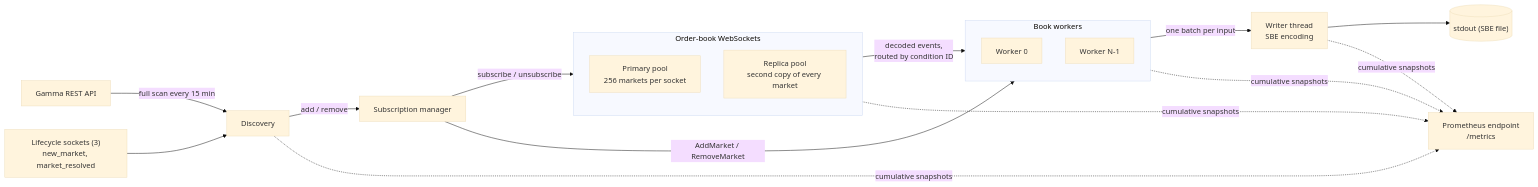
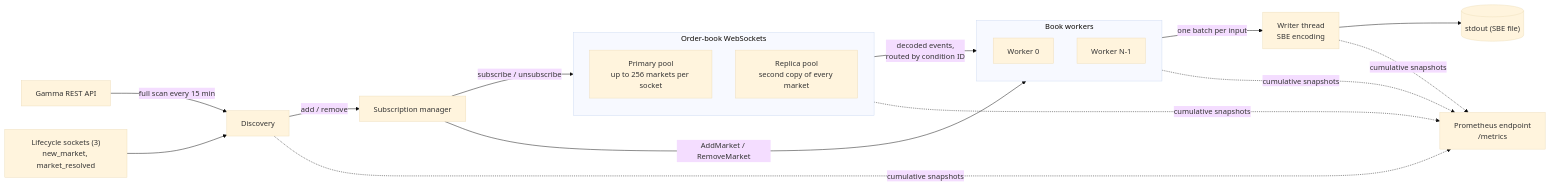
Before and after one commit to itzlambda/voluntas-challenge: the diagram in docs/ARCHITECTURE.md, drawn with Mermaid (base theme). The commit also changed other lines of this file and 3 other files, not shown here.

First line of the commit message:
Place markets in per-pool hash order with spare sockets

````diff
--- a/docs/ARCHITECTURE.md
+++ b/docs/ARCHITECTURE.md
@@ -9,30 +9,30 @@
 ```mermaid
 flowchart LR
     gamma[Gamma REST API]
     life["Lifecycle sockets (3)<br/>new_market, market_resolved"]
     disc[Discovery]
     mgr[Subscription manager]
     subgraph pools[Order-book WebSockets]
         direction TB
-        pa["Primary pool<br/>256 markets per socket"]
+        pa["Primary pool<br/>up to 256 markets per socket"]
         pb["Replica pool<br/>second copy of every market"]
     end
     subgraph workers[Book workers]
         direction TB
         w0[Worker 0]
         wn[Worker N-1]
     end
     writer["Writer thread<br/>SBE encoding"]
     out[("stdout (SBE file)")]
     prom["Prometheus endpoint<br/>/metrics"]
 
     gamma -- full scan every 15 min --> disc
     life --> disc
     disc -- add / remove --> mgr
     mgr -- subscribe / unsubscribe --> pools
     mgr -- AddMarket / RemoveMarket --> workers
     pools -- "decoded events,<br/>routed by condition ID" --> workers
     workers -- one batch per input --> writer
     writer --> out
     workers & pools & writer & disc -. cumulative snapshots .-> prom
 ```
````
